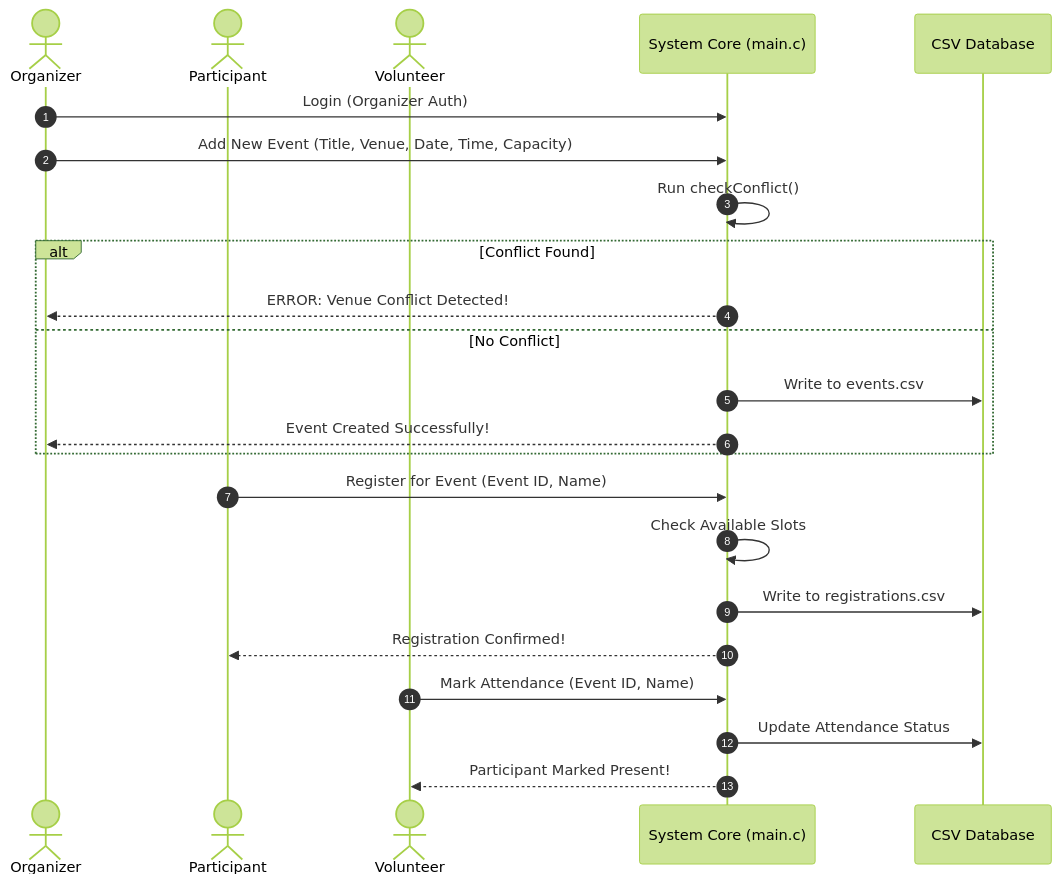
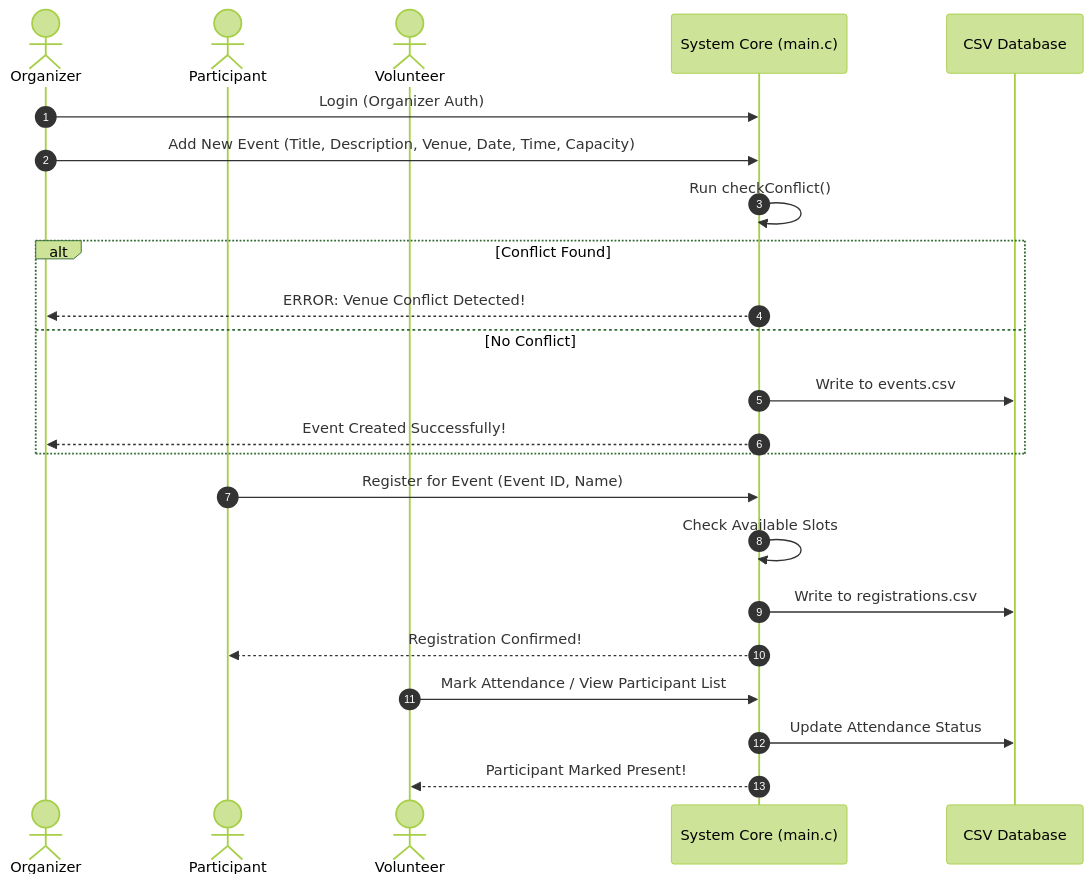
The second of 3 diagrams in README.md (pratikbarua-dev/capstone_DIU_Event_Management), drawn with Mermaid (forest theme) before and after one commit. The commit also changed other lines of this file and 2 other files, not shown here.

````diff
--- a/README.md
+++ b/README.md
@@ -69,28 +70,28 @@
 ```mermaid
 sequenceDiagram
     autonumber
     actor Org as Organizer
     actor Part as Participant
     actor Vol as Volunteer
     participant Core as System Core (main.c)
     participant DB as CSV Database
 
     Org->>Core: Login (Organizer Auth)
-    Org->>Core: Add New Event (Title, Venue, Date, Time, Capacity)
+    Org->>Core: Add New Event (Title, Description, Venue, Date, Time, Capacity)
     Core->>Core: Run checkConflict()
     alt Conflict Found
         Core-->>Org: ERROR: Venue Conflict Detected!
     else No Conflict
         Core->>DB: Write to events.csv
         Core-->>Org: Event Created Successfully!
     end
 
     Part->>Core: Register for Event (Event ID, Name)
     Core->>Core: Check Available Slots
     Core->>DB: Write to registrations.csv
     Core-->>Part: Registration Confirmed!
 
-    Vol->>Core: Mark Attendance (Event ID, Name)
+    Vol->>Core: Mark Attendance / View Participant List
     Core->>DB: Update Attendance Status
     Core-->>Vol: Participant Marked Present!
 ```
````
